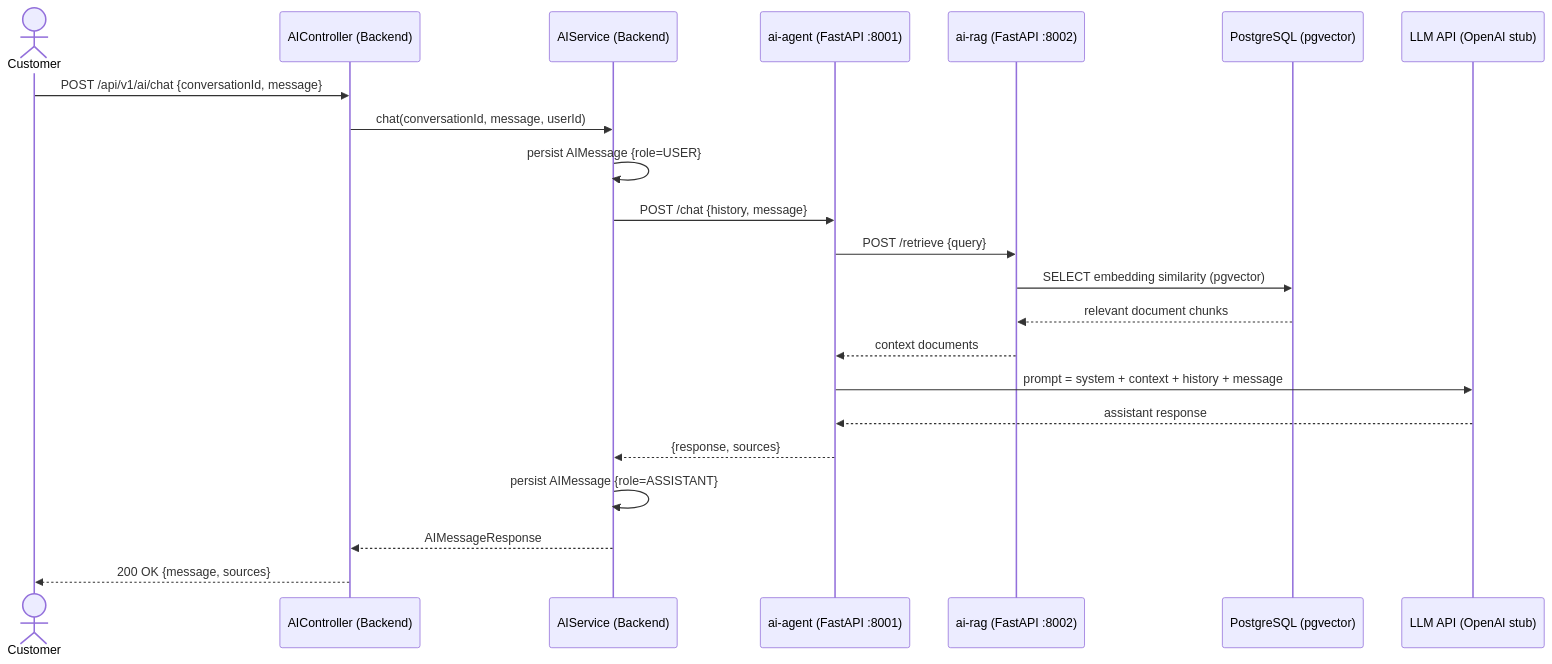
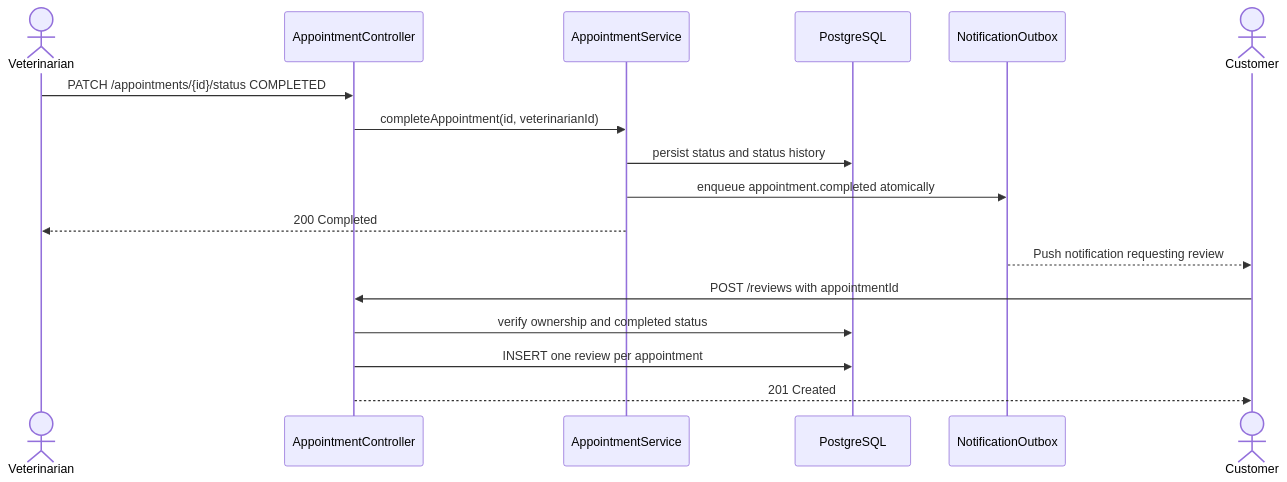
The seventh of 7 diagrams in docs/sequence-diagrams.md (CaptainDuc/Pet_Management_System), drawn with Mermaid before and after one commit. The commit also changed other lines of this file and 158 other files, not shown here.

First line of the commit message:
chore: move backend to services/ and scaffold payment/notification services

````diff
--- a/docs/sequence-diagrams.md
+++ b/docs/sequence-diagrams.md
@@ -134,25 +176,20 @@
 ```mermaid
 sequenceDiagram
+    actor V as Veterinarian
+    participant AC as AppointmentController
+    participant AS as AppointmentService
+    participant DB as PostgreSQL
+    participant O as NotificationOutbox
     actor C as Customer
-    participant AC as AIController (Backend)
-    participant AS as AIService (Backend)
-    participant AG as ai-agent (FastAPI :8001)
-    participant RAG as ai-rag (FastAPI :8002)
-    participant PG as PostgreSQL (pgvector)
-    participant LLM as LLM API (OpenAI stub)
 
-    C->>AC: POST /api/v1/ai/chat {conversationId, message}
-    AC->>AS: chat(conversationId, message, userId)
-    AS->>AS: persist AIMessage {role=USER}
-    AS->>AG: POST /chat {history, message}
-    AG->>RAG: POST /retrieve {query}
-    RAG->>PG: SELECT embedding similarity (pgvector)
-    PG-->>RAG: relevant document chunks
-    RAG-->>AG: context documents
-    AG->>LLM: prompt = system + context + history + message
-    LLM-->>AG: assistant response
-    AG-->>AS: {response, sources}
-    AS->>AS: persist AIMessage {role=ASSISTANT}
-    AS-->>AC: AIMessageResponse
-    AC-->>C: 200 OK {message, sources}
+    V->>AC: PATCH /appointments/{id}/status COMPLETED
+    AC->>AS: completeAppointment(id, veterinarianId)
+    AS->>DB: persist status and status history
+    AS->>O: enqueue appointment.completed atomically
+    AS-->>V: 200 Completed
+    O-->>C: Push notification requesting review
+    C->>AC: POST /reviews with appointmentId
+    AC->>DB: verify ownership and completed status
+    AC->>DB: INSERT one review per appointment
+    AC-->>C: 201 Created
 ```
````
